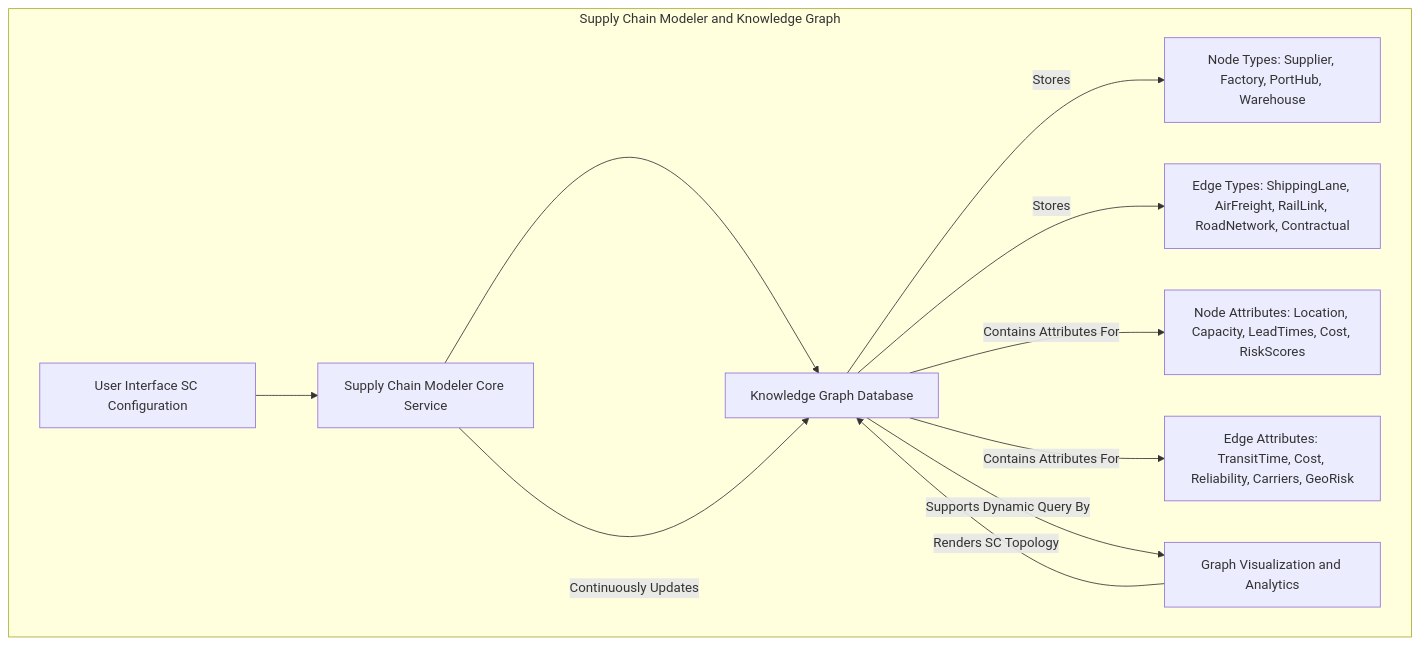
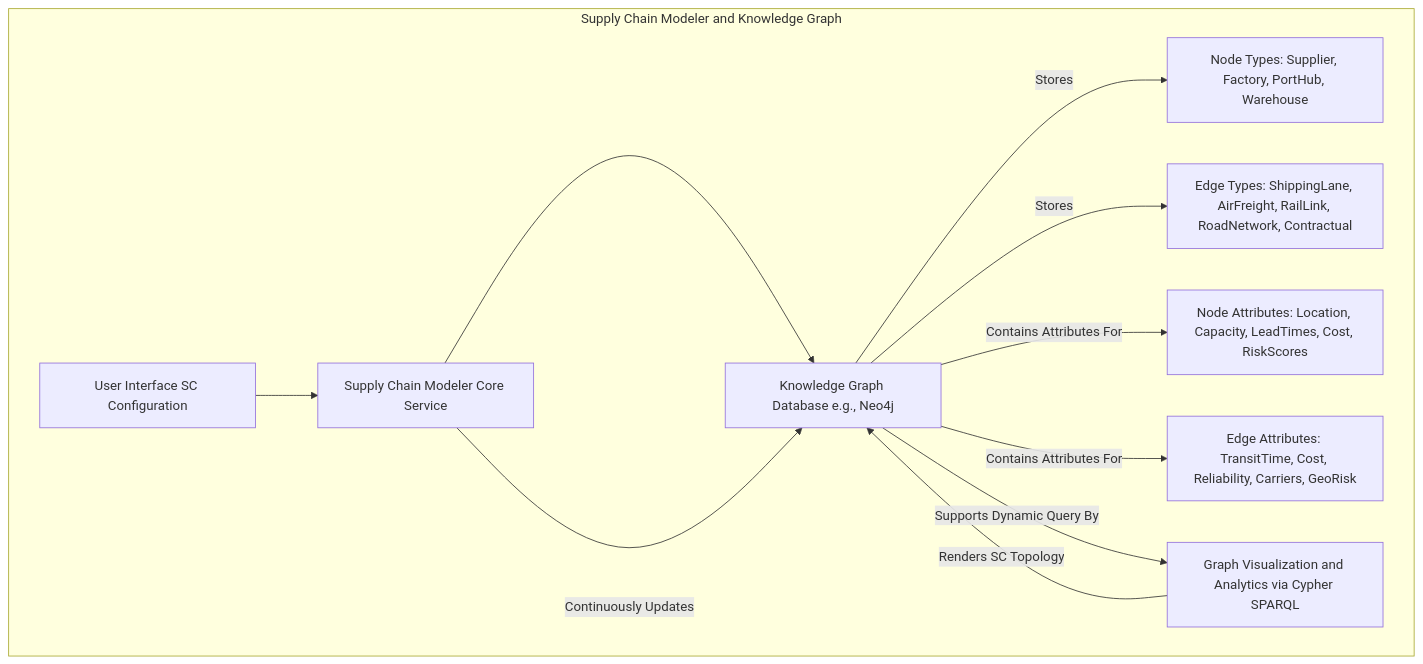
One commit to diplomat-bit/Citibank_Demo_Business_Inc_Demonstration- changed the second of 10 diagrams in inventions/024_predictive_supply_chain_disruption.md. Above: the diagram before and after it, drawn with Mermaid. The commit also changed other lines of this file, not shown here.

````diff
--- a/inventions/024_predictive_supply_chain_disruption.md
+++ b/inventions/024_predictive_supply_chain_disruption.md
@@ -107,14 +118,14 @@
 ```mermaid
 graph TD
     subgraph Supply Chain Modeler and Knowledge Graph
         UI_SC[User Interface SC Configuration] --> SCMS[Supply Chain Modeler Core Service]
-        SCMS --> KGD[Knowledge Graph Database]
+        SCMS --> KGD[Knowledge Graph Database e.g., Neo4j]
         KGD -- Stores --> NODE_TYPES[Node Types: Supplier, Factory, PortHub, Warehouse]
         KGD -- Stores --> EDGE_TYPES[Edge Types: ShippingLane, AirFreight, RailLink, RoadNetwork, Contractual]
         KGD -- Contains Attributes For --> NODE_ATTRS[Node Attributes: Location, Capacity, LeadTimes, Cost, RiskScores]
         KGD -- Contains Attributes For --> EDGE_ATTRS[Edge Attributes: TransitTime, Cost, Reliability, Carriers, GeoRisk]
-        KGD -- Supports Dynamic Query By --> GVA[Graph Visualization and Analytics]
+        KGD -- Supports Dynamic Query By --> GVA[Graph Visualization and Analytics via Cypher SPARQL]
         SCMS -- Continuously Updates --> KGD
         GVA -- Renders SC Topology --> KGD
     end
 ```
````
